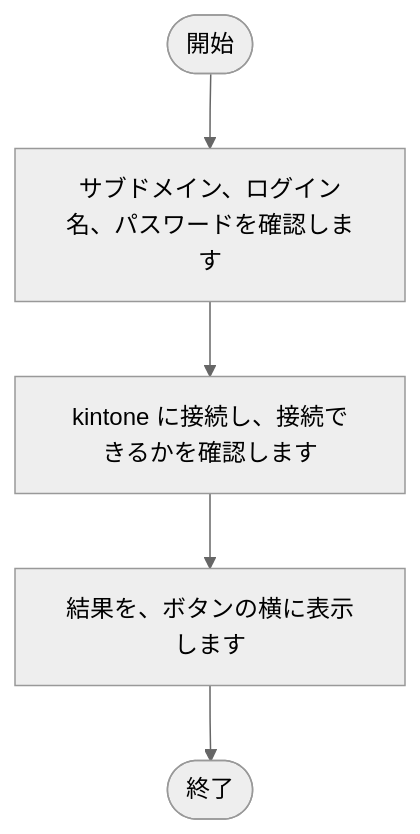
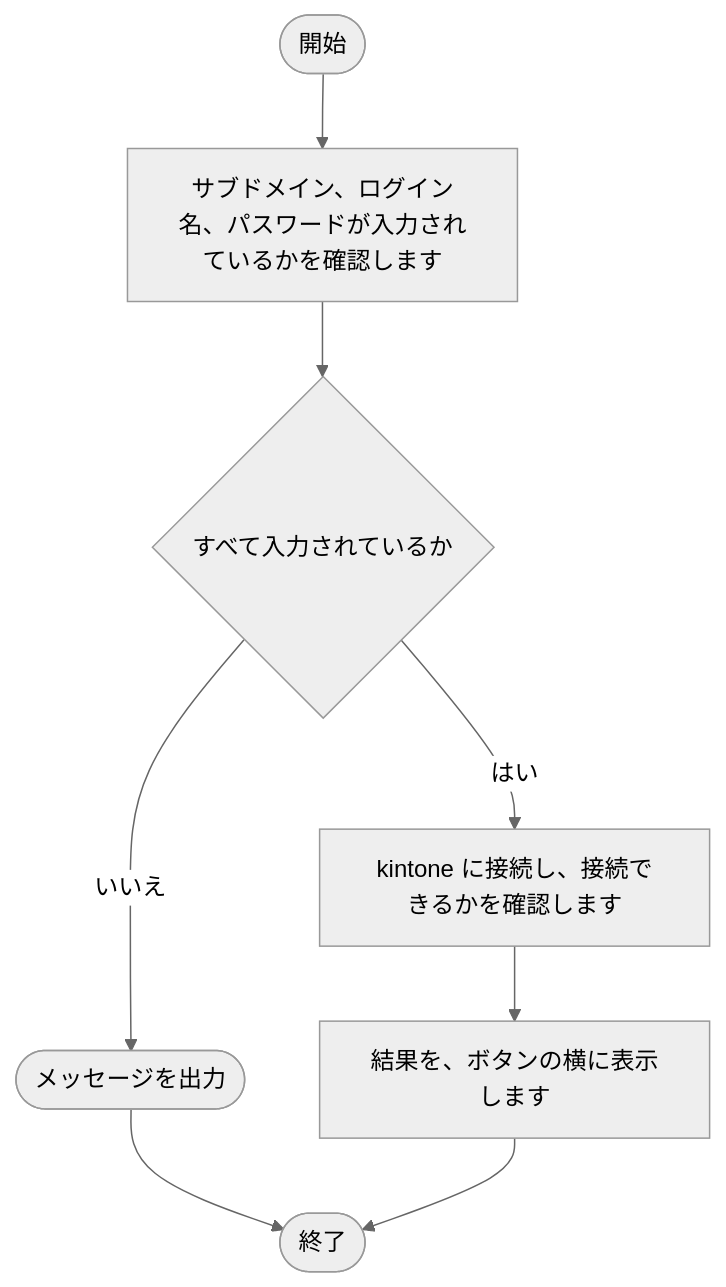
Before and after one commit to nishida2073/project_management: the tenth of 12 diagrams in tool/package-generator/doc/02_設計/処理フロー.md, drawn with Mermaid (neutral theme). The commit also changed other lines of this file and 16 other files, not shown here.

````diff
--- a/tool/package-generator/doc/02_設計/処理フロー.md
+++ b/tool/package-generator/doc/02_設計/処理フロー.md
@@ -227,12 +253,17 @@
 ```mermaid
 flowchart TD
     S(["開始"])
     E(["終了"])
-    N1["サブドメイン、ログイン名、パスワードを確認します"]
+    N1["サブドメイン、ログイン名、パスワードが入力されているかを確認します"]
     S --> N1
-    N2["kintone に接続し、接続できるかを確認します"]
+    N2{"すべて入力されているか"}
     N1 --> N2
-    N3["結果を、ボタンの横に表示します"]
-    N2 --> N3
-    N3 --> E
+    X1(["メッセージを出力"])
+    N2 -- いいえ --> X1
+    X1 --> E
+    N3["kintone に接続し、接続できるかを確認します"]
+    N2 -- はい --> N3
+    N4["結果を、ボタンの横に表示します"]
+    N3 --> N4
+    N4 --> E
 ```
````
